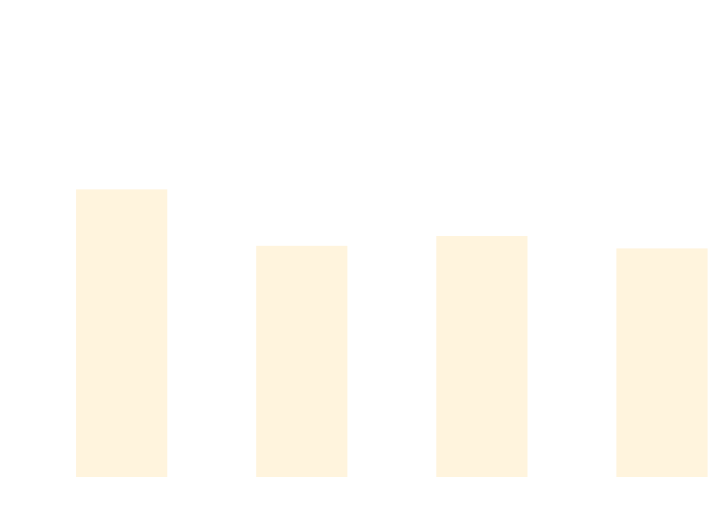
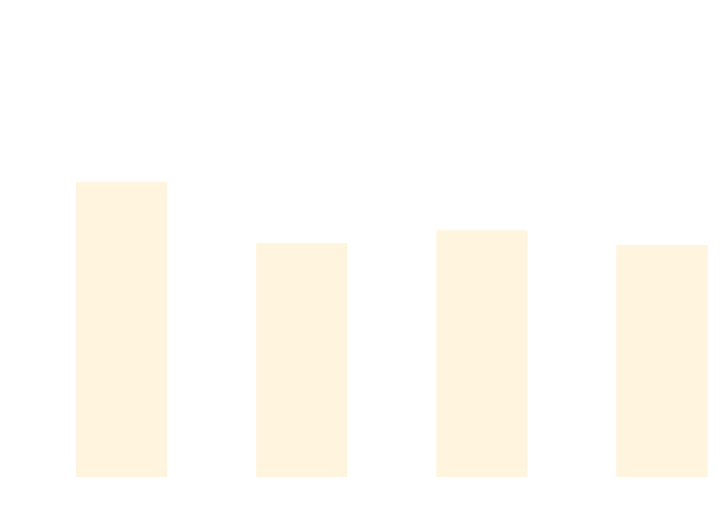
The diagram in docs/docs/benchmarks/BuildTime.md (thomhurst/TUnit), drawn with Mermaid before and after one commit. The commit also changed other lines of this file and 17 other files, not shown here.

````diff
--- a/docs/docs/benchmarks/BuildTime.md
+++ b/docs/docs/benchmarks/BuildTime.md
@@ -28,37 +28,37 @@
 ```mermaid
 %%{init: {
   'theme':'base',
   'themeVariables': {
     'primaryColor': '#2563eb',
     'primaryTextColor': '#ffffff',
     'primaryBorderColor': '#1e40af',
     'lineColor': '#6b7280',
     'secondaryColor': '#7c3aed',
     'tertiaryColor': '#dc2626',
     'background': '#ffffff',
     'mainBkg': '#2563eb',
     'secondBkg': '#7c3aed',
     'tertiaryBkg': '#dc2626',
     'clusterBkg': '#f3f4f6',
     'edgeLabelBackground': '#ffffff',
     'tertiaryTextColor': '#1f2937',
     'pie1': '#2563eb',
     'pie2': '#7c3aed',
     'pie3': '#dc2626',
     'pie4': '#f59e0b',
     'pie5': '#10b981',
     'pie6': '#06b6d4',
     'pie7': '#ec4899',
     'pie8': '#6366f1',
     'pie9': '#84cc16',
     'pie10': '#f97316',
     'pie11': '#14b8a6',
     'pie12': '#a855f7'
   }
 }}%%
 xychart-beta
   title "Build Time Comparison"
   x-axis ["Build_TUnit", "Build_NUnit", "Build_MSTest", "Build_xUnit3"]
   y-axis "Time (s)" 0 --> 3
-  bar [2.051, 1.637, 1.709, 1.618]
+  bar [2.104, 1.658, 1.751, 1.643]
 ```
````
